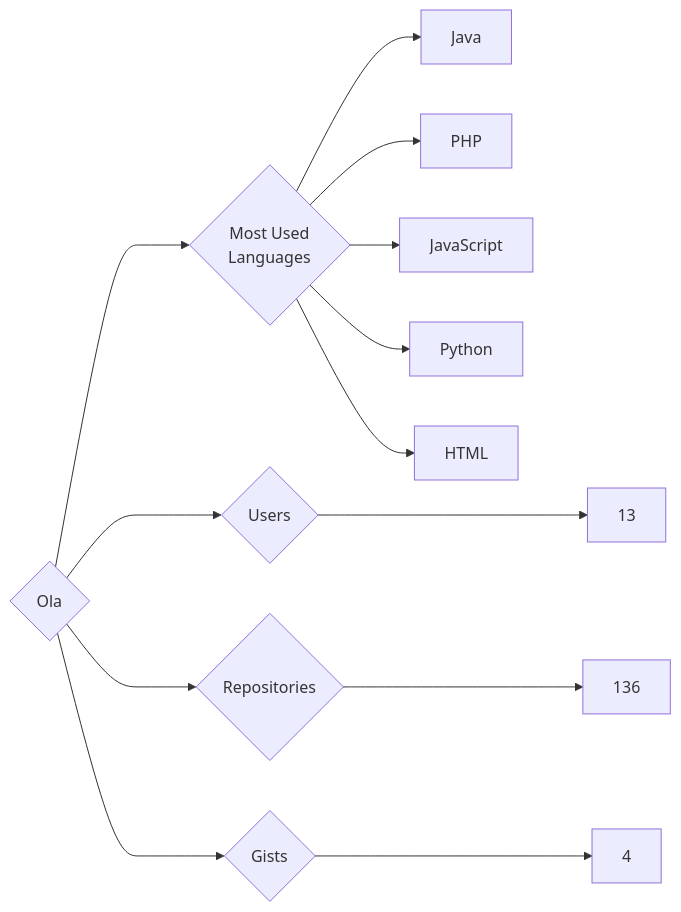
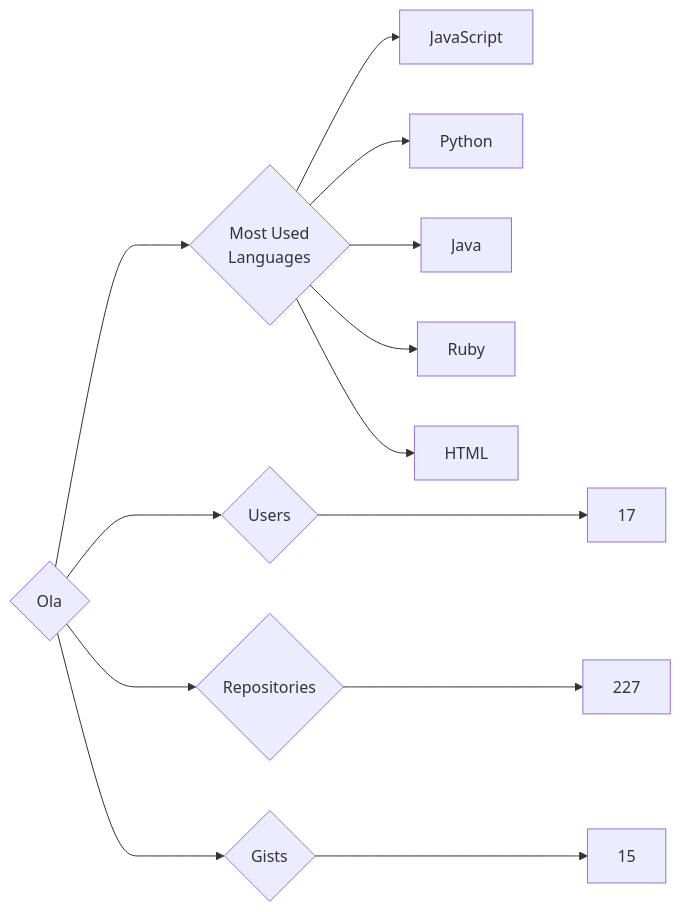
Before and after one commit to trickest/insiders: the diagram in targets/Ola/README.md, drawn with Mermaid. The commit also changed 860 other files, not shown here.

````diff
--- a/targets/Ola/README.md
+++ b/targets/Ola/README.md
@@ -3,13 +3,13 @@
 ```mermaid
 graph LR
 COMPANY_NAME{Ola}
-COMPANY_NAME ---> U{Users} ---> UN[13]
-COMPANY_NAME ---> R{Repositories} ---> RN[136]
-COMPANY_NAME ---> G{Gists} ---> GN[4]
+COMPANY_NAME ---> U{Users} ---> UN[17]
+COMPANY_NAME ---> R{Repositories} ---> RN[227]
+COMPANY_NAME ---> G{Gists} ---> GN[15]
 COMPANY_NAME ---> ML{Most Used<br>Languages}
-ML --> Java[Java]
-ML --> PHP[PHP]
 ML --> JavaScript[JavaScript]
 ML --> Python[Python]
+ML --> Java[Java]
+ML --> Ruby[Ruby]
 ML --> HTML[HTML]
 ```
````
